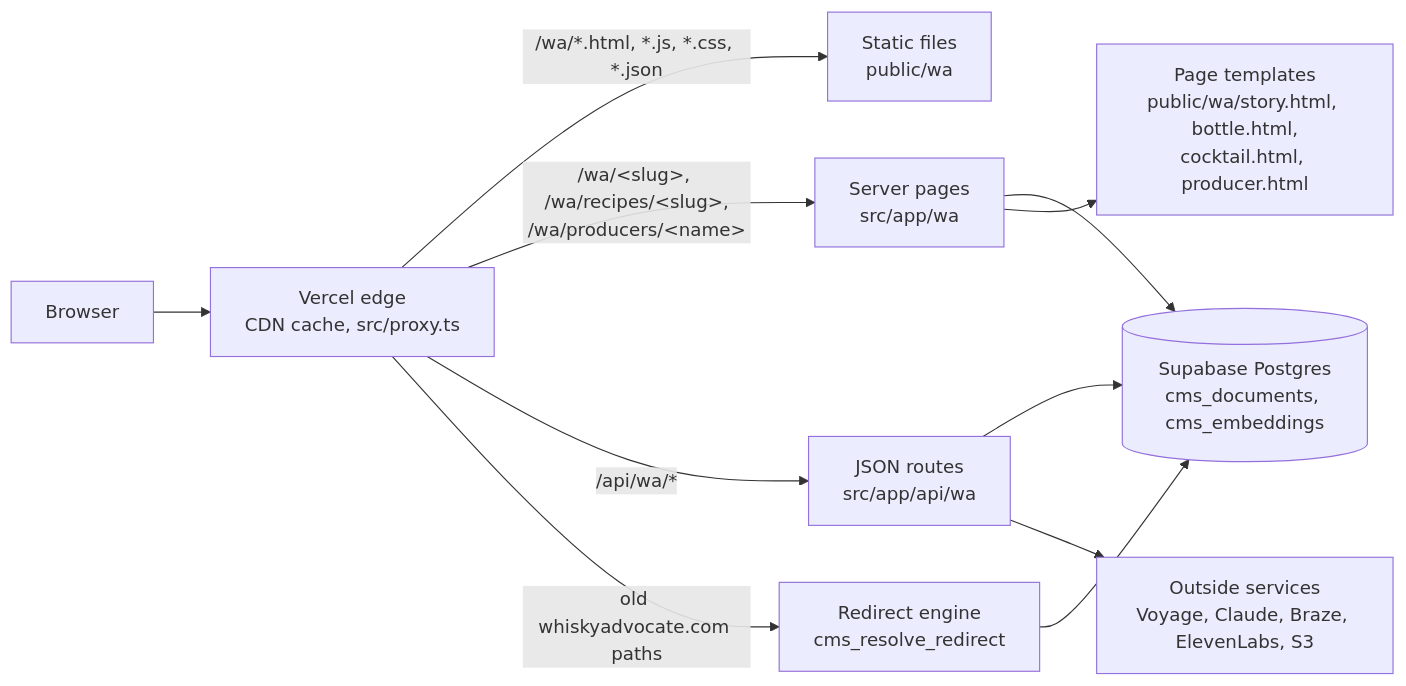
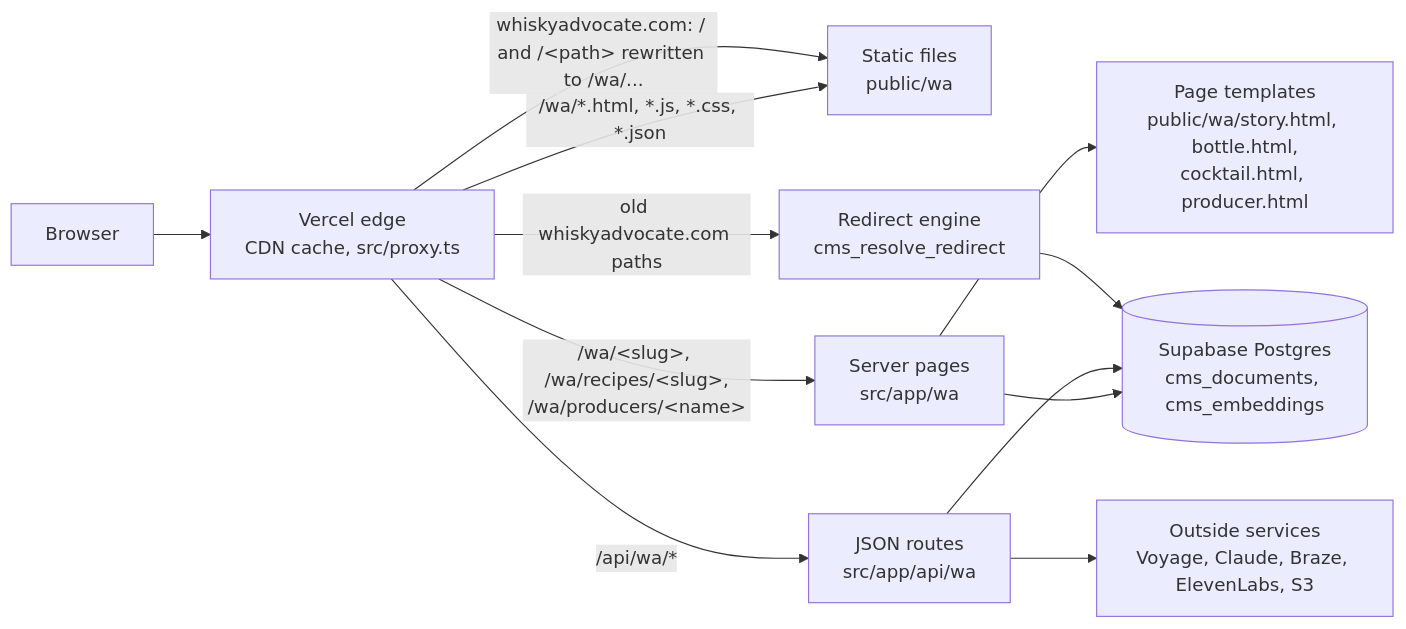
Before and after one commit to mcapace/rss-project: the first of 2 diagrams in docs/architecture/website.md, drawn with Mermaid. The commit also changed other lines of this file and 5 other files, not shown here.

````diff
--- a/docs/architecture/website.md
+++ b/docs/architecture/website.md
@@ -9,13 +9,14 @@
 ```mermaid
 flowchart LR
   B["Browser"] --> E["Vercel edge<br/>CDN cache, src/proxy.ts"]
   E -->|"/wa/*.html, *.js, *.css, *.json"| S["Static files<br/>public/wa"]
   E -->|"/wa/&lt;slug&gt;, /wa/recipes/&lt;slug&gt;,<br/>/wa/producers/&lt;name&gt;"| R["Server pages<br/>src/app/wa"]
   E -->|"/api/wa/*"| A["JSON routes<br/>src/app/api/wa"]
+  E -->|"whiskyadvocate.com: / and /&lt;path&gt; rewritten to /wa/..."| S
   E -->|"old whiskyadvocate.com paths"| P["Redirect engine<br/>cms_resolve_redirect"]
   R --> DB[("Supabase Postgres<br/>cms_documents, cms_embeddings")]
   A --> DB
   P --> DB
   A --> X["Outside services<br/>Voyage, Claude, Braze, ElevenLabs, S3"]
   R --> T["Page templates<br/>public/wa/story.html, bottle.html,<br/>cocktail.html, producer.html"]
 ```
````
